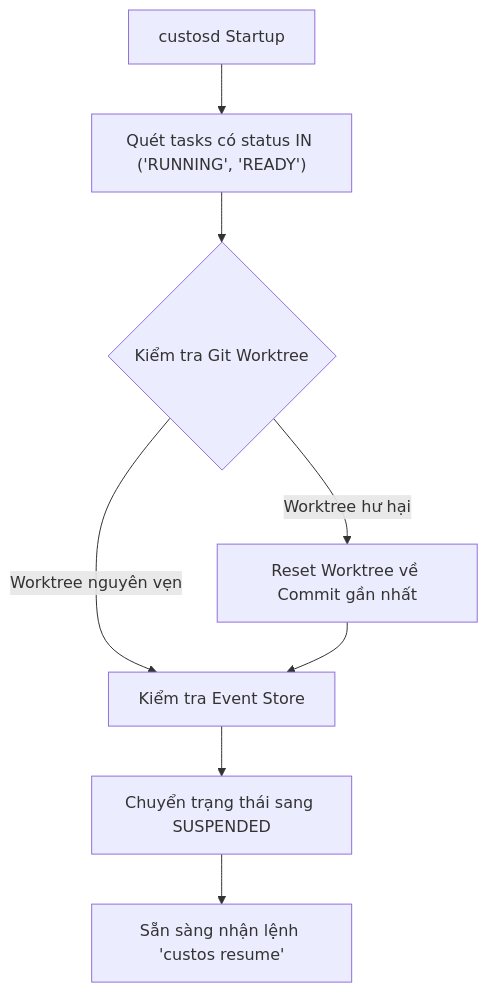
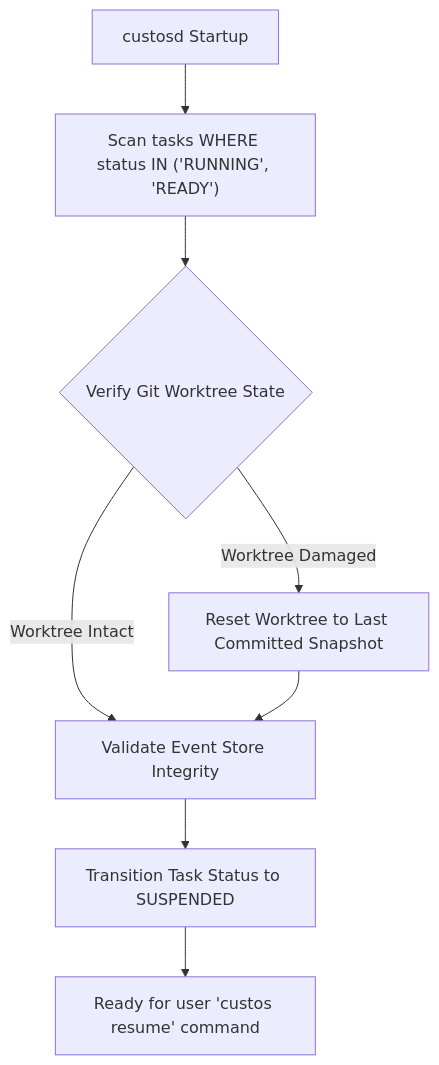
Before and after one commit to civi0411/Custos: the diagram in docs/architecture/crash-recovery.md, drawn with Mermaid. The commit also changed other lines of this file and 39 other files, not shown here.

````diff
--- a/docs/architecture/crash-recovery.md
+++ b/docs/architecture/crash-recovery.md
@@ -43,10 +41,10 @@
 ```mermaid
 flowchart TD
-    Start["custosd Startup"] --> Scan["Quét tasks có status IN ('RUNNING', 'READY')"]
-    Scan --> CheckWT{"Kiểm tra Git Worktree"}
-    CheckWT -->|"Worktree nguyên vẹn"| CheckEvents["Kiểm tra Event Store"]
-    CheckWT -->|"Worktree hư hại"| ResetWT["Reset Worktree về Commit gần nhất"]
+    Start["custosd Startup"] --> Scan["Scan tasks WHERE status IN ('RUNNING', 'READY')"]
+    Scan --> CheckWT{"Verify Git Worktree State"}
+    CheckWT -->|"Worktree Intact"| CheckEvents["Validate Event Store Integrity"]
+    CheckWT -->|"Worktree Damaged"| ResetWT["Reset Worktree to Last Committed Snapshot"]
     ResetWT --> CheckEvents
-    CheckEvents --> SetSuspended["Chuyển trạng thái sang SUSPENDED"]
-    SetSuspended --> Ready["Sẵn sàng nhận lệnh 'custos resume'"]
+    CheckEvents --> SetSuspended["Transition Task Status to SUSPENDED"]
+    SetSuspended --> Ready["Ready for user 'custos resume' command"]
 ```
````
